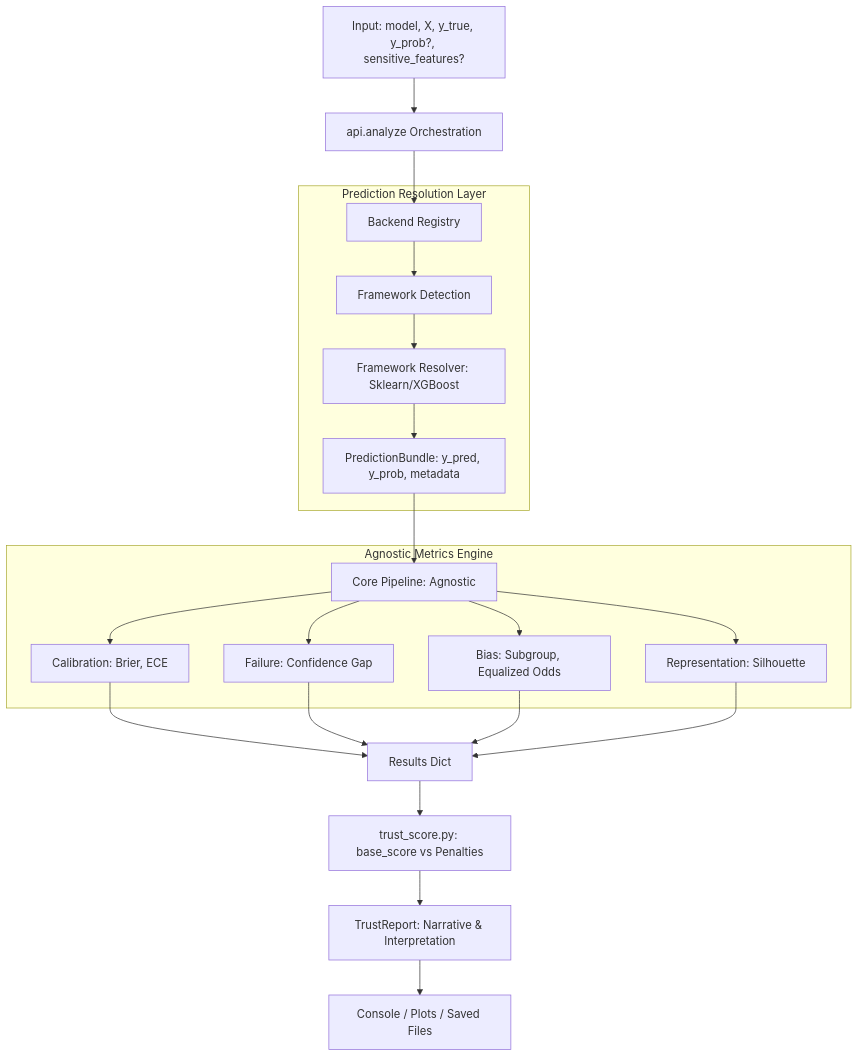
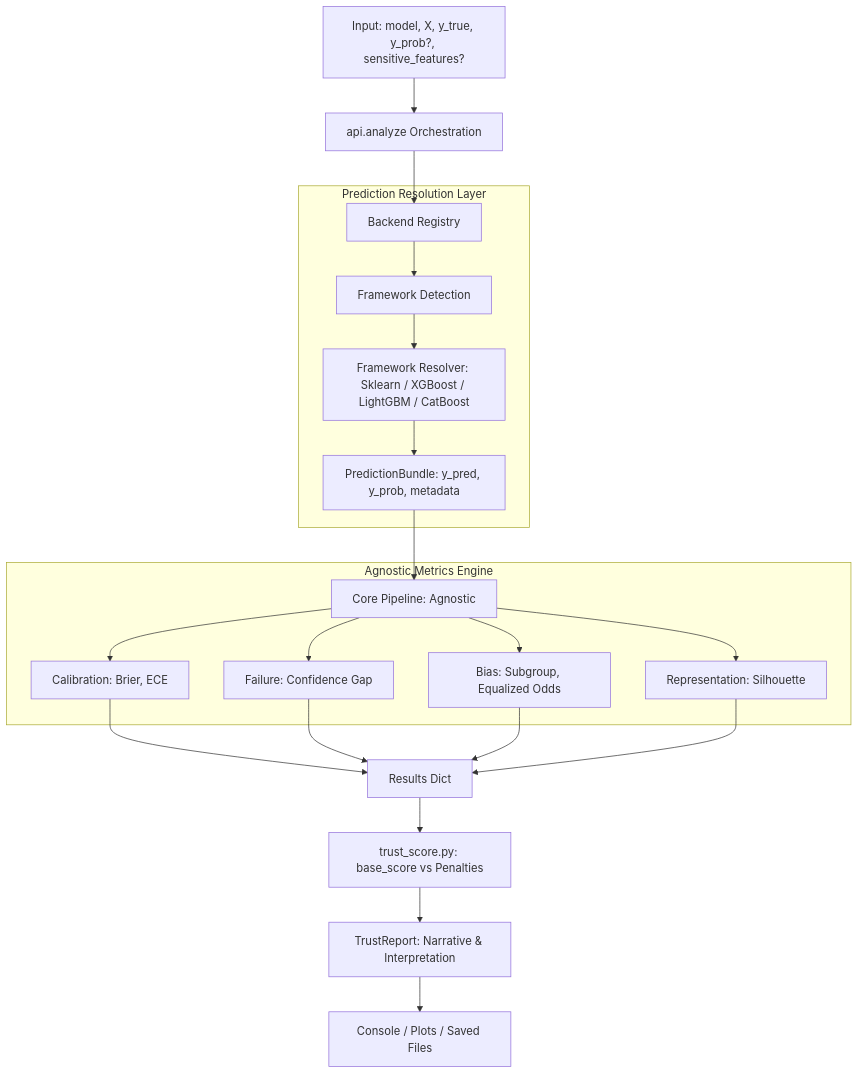
The first of 3 diagrams in docs/architecture.md (Khanz9664/TrustLens), drawn with Mermaid before and after one commit. The commit also changed other lines of this file and 11 other files, not shown here.

````diff
--- a/docs/architecture.md
+++ b/docs/architecture.md
@@ -17,29 +17,29 @@
 ```mermaid
 graph TD
     Input[Input: model, X, y_true, y_prob?, sensitive_features?] --> API[api.analyze Orchestration]
     API --> Registry[Backend Registry]
 
     subgraph "Prediction Resolution Layer"
         Registry --> Detect[Framework Detection]
-        Detect --> Resolver[Framework Resolver: Sklearn/XGBoost]
+        Detect --> Resolver["Framework Resolver: Sklearn / XGBoost / LightGBM / CatBoost"]
         Resolver --> Bundle[PredictionBundle: y_pred, y_prob, metadata]
     end
 
     Bundle --> Pipeline[Core Pipeline: Agnostic]
 
     subgraph "Agnostic Metrics Engine"
         Pipeline --> Calib[Calibration: Brier, ECE]
         Pipeline --> Fail[Failure: Confidence Gap]
         Pipeline --> Bias[Bias: Subgroup, Equalized Odds]
         Pipeline --> Rep[Representation: Silhouette]
     end
 
     Calib --> Results[Results Dict]
     Fail --> Results
     Bias --> Results
     Rep --> Results
 
     Results --> Scoring["trust_score.py: base_score vs Penalties"]
     Scoring --> Report[TrustReport: Narrative & Interpretation]
     Report --> Output[Console / Plots / Saved Files]
 ```
````
